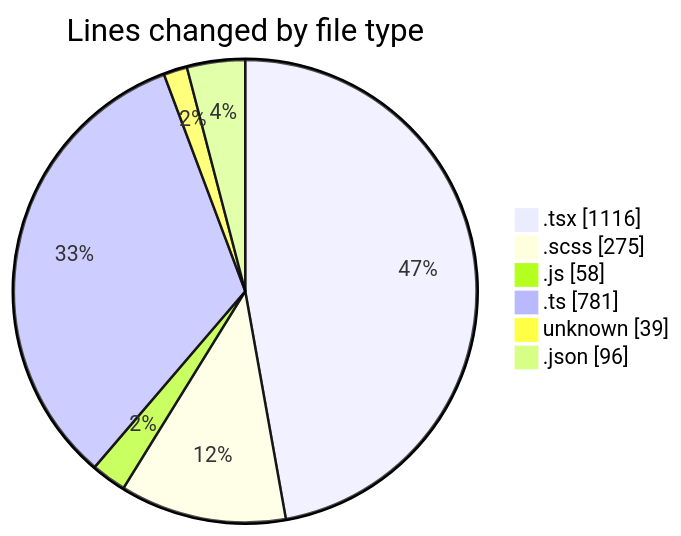
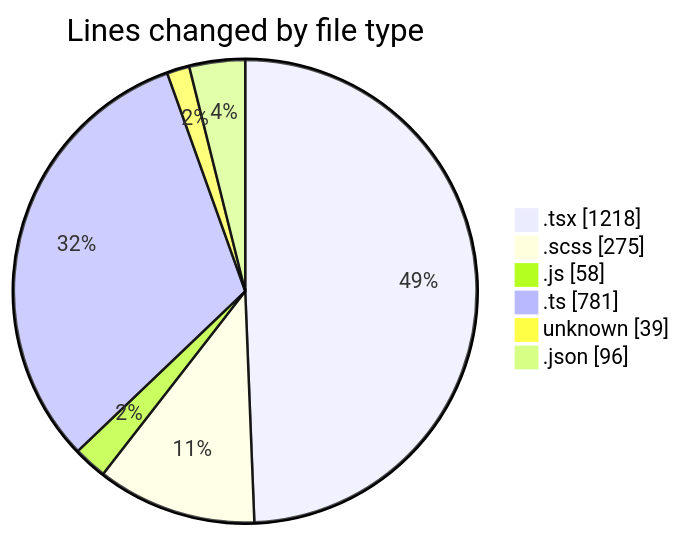
The first of 2 diagrams in 2025-05-02/cda/README.md (momahboobian/code-tracking), drawn with Mermaid before and after one commit. The commit also changed other lines of this file and 1 other file, not shown here.

````diff
--- a/2025-05-02/cda/README.md
+++ b/2025-05-02/cda/README.md
@@ -33,10 +34,10 @@
 ```mermaid
 pie showData
 title Lines changed by file type
-".tsx" : 1116
+".tsx" : 1218
 ".scss" : 275
 ".js" : 58
 ".ts" : 781
 "unknown" : 39
 ".json" : 96
 ```
````
